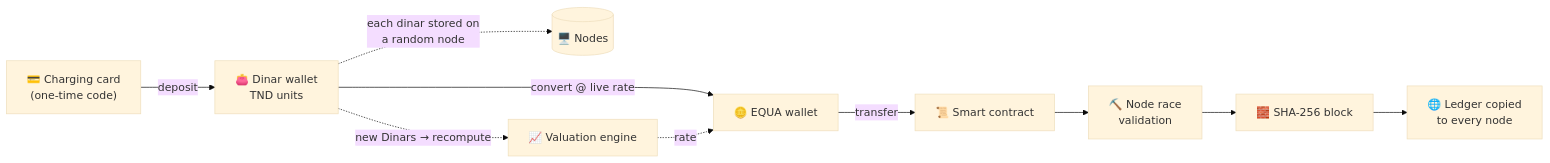
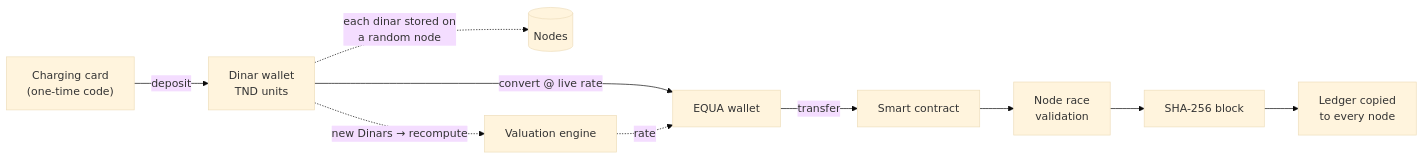
The first of 3 diagrams in README.md (rayenamer/equa), drawn with Mermaid (base theme) before and after one commit. The commit also changed other lines of this file, not shown here.

````diff
--- a/README.md
+++ b/README.md
@@ -50,13 +50,13 @@
 ```mermaid
 flowchart LR
-    A["💳 Charging card<br/>(one-time code)"] -->|deposit| B["👛 Dinar wallet<br/>TND units"]
-    B -->|convert @ live rate| C["🪙 EQUA wallet"]
-    C -->|transfer| D["📜 Smart contract"]
-    D --> E["⛏️ Node race<br/>validation"]
-    E --> F["🧱 SHA-256 block"]
-    F --> G["🌐 Ledger copied<br/>to every node"]
+    A["Charging card<br/>(one-time code)"] -->|deposit| B["Dinar wallet<br/>TND units"]
+    B -->|convert @ live rate| C["EQUA wallet"]
+    C -->|transfer| D["Smart contract"]
+    D --> E["Node race<br/>validation"]
+    E --> F["SHA-256 block"]
+    F --> G["Ledger copied<br/>to every node"]
 
-    B -. "each dinar stored on<br/>a random node" .-> N[("🖥️ Nodes")]
-    B -. "new Dinars → recompute" .-> R["📈 Valuation engine"]
+    B -. "each dinar stored on<br/>a random node" .-> N[("Nodes")]
+    B -. "new Dinars → recompute" .-> R["Valuation engine"]
     R -. "rate" .-> C
 ```
````
